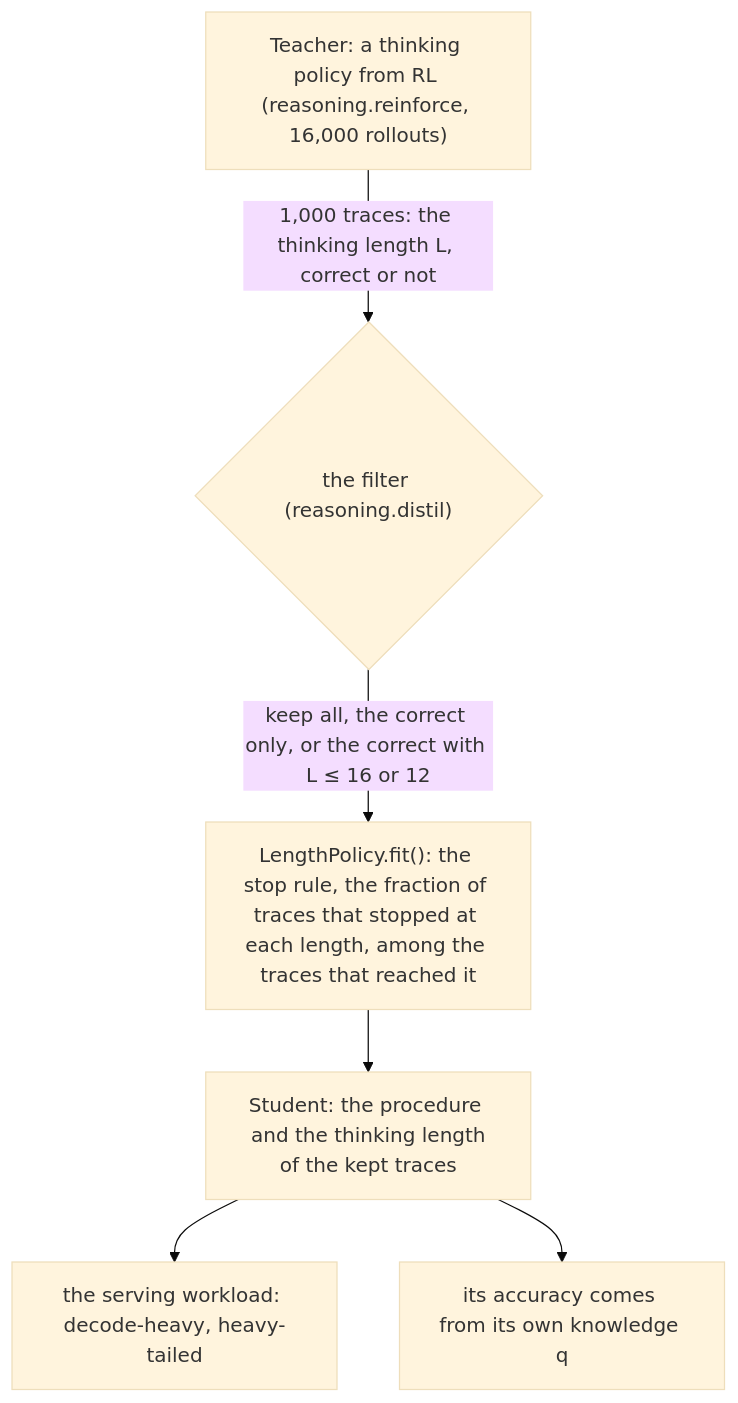
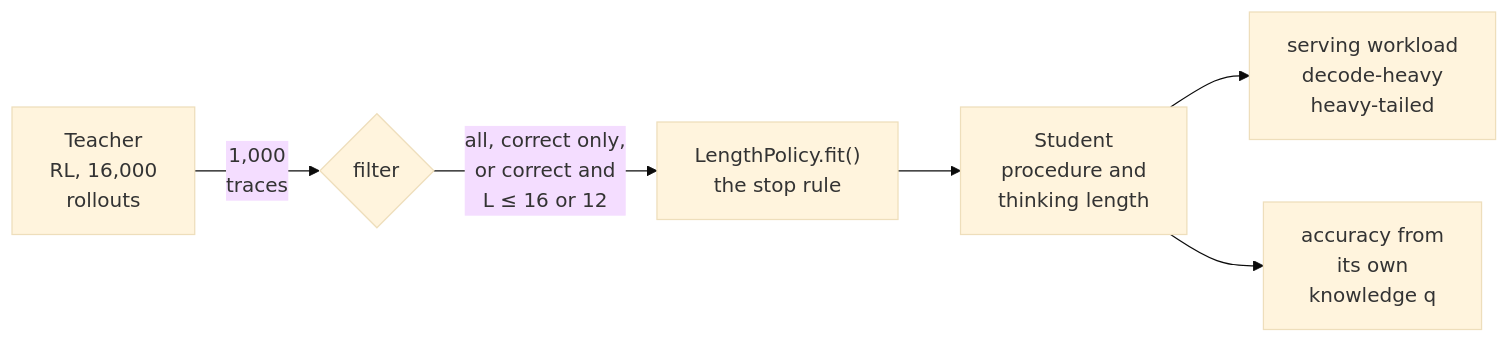
Before and after one commit to aniryou/full-stack-agentic-engineer: the third of 3 diagrams in 00-foundations/distillation/PRIMER.md, drawn with Mermaid (base theme). The commit also changed other lines of this file and 633 other files, not shown here.

First line of the commit message:
Accessible language and one-screen figures, part 1: every figure fits a screen, the STE second pass over the layers (#53)

````diff
--- a/00-foundations/distillation/PRIMER.md
+++ b/00-foundations/distillation/PRIMER.md
@@ -501,8 +507,8 @@
 ```mermaid
-flowchart TB
-  T["Teacher: a thinking policy from RL (reasoning.reinforce, 16,000 rollouts)"] -->|"1,000 traces: the thinking length L, correct or not"| F{"the filter (reasoning.distil)"}
-  F -->|"keep all, the correct only, or the correct with L ≤ 16 or 12"| M["LengthPolicy.fit(): the stop rule, the fraction of traces that stopped at each length, among the traces that reached it"]
-  M --> S["Student: the procedure and the thinking length<br/>of the kept traces"]
-  S --> W["the serving workload: decode-heavy, heavy-tailed"]
-  S --> K["its accuracy comes from its own knowledge q"]
+flowchart LR
+  T["Teacher<br/>RL, 16,000<br/>rollouts"] -->|"1,000<br/>traces"| F{"filter"}
+  F -->|"all, correct only,<br/>or correct and<br/>L ≤ 16 or 12"| M["LengthPolicy.fit()<br/>the stop rule"]
+  M --> S["Student<br/>procedure and<br/>thinking length"]
+  S --> W["serving workload<br/>decode-heavy<br/>heavy-tailed"]
+  S --> K["accuracy from<br/>its own<br/>knowledge q"]
 ```
````
